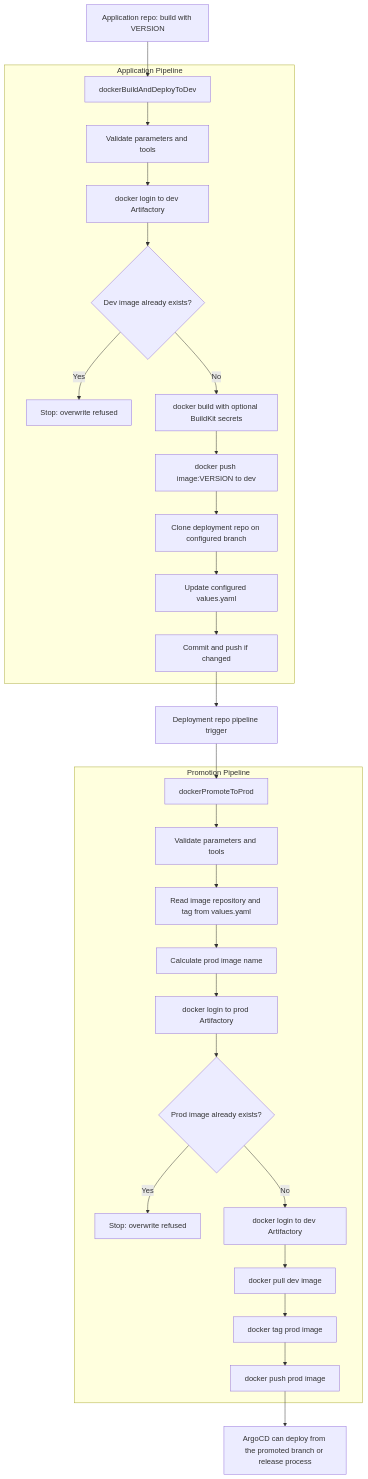
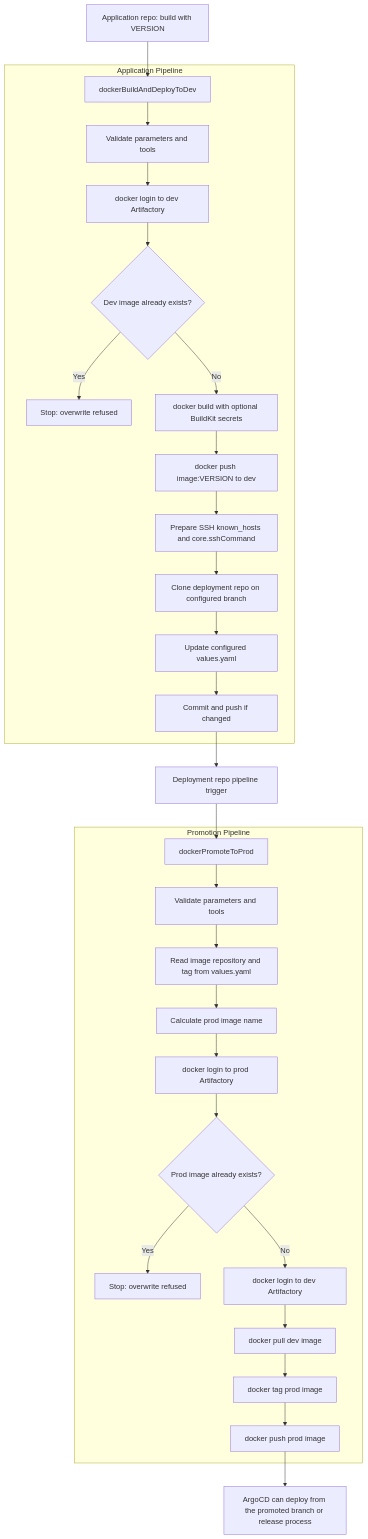
Before and after one commit to thomas-illiet/jenkins-argocd: the diagram in README.md, drawn with Mermaid. The commit also changed other lines of this file and 4 other files, not shown here.

Commit message:
refactor: configure deployment git ssh

````diff
--- a/README.md
+++ b/README.md
@@ -100,34 +100,35 @@
 ```mermaid
 flowchart TD
     A["Application repo: build with VERSION"] --> B["dockerBuildAndDeployToDev"]
 
     subgraph APP["Application Pipeline"]
         B --> C["Validate parameters and tools"]
         C --> D["docker login to dev Artifactory"]
         D --> E{"Dev image already exists?"}
         E -->|Yes| F["Stop: overwrite refused"]
         E -->|No| G["docker build with optional BuildKit secrets"]
         G --> H["docker push image:VERSION to dev"]
-        H --> I["Clone deployment repo on configured branch"]
-        I --> J["Update configured values.yaml"]
-        J --> K["Commit and push if changed"]
+        H --> I["Prepare SSH known_hosts and core.sshCommand"]
+        I --> J["Clone deployment repo on configured branch"]
+        J --> K["Update configured values.yaml"]
+        K --> L["Commit and push if changed"]
     end
 
-    K --> L["Deployment repo pipeline trigger"]
-    L --> M["dockerPromoteToProd"]
+    L --> M["Deployment repo pipeline trigger"]
+    M --> N["dockerPromoteToProd"]
 
     subgraph PROMOTE["Promotion Pipeline"]
-        M --> N["Validate parameters and tools"]
-        N --> O["Read image repository and tag from values.yaml"]
-        O --> P["Calculate prod image name"]
-        P --> Q["docker login to prod Artifactory"]
-        Q --> R{"Prod image already exists?"}
-        R -->|Yes| S["Stop: overwrite refused"]
-        R -->|No| T["docker login to dev Artifactory"]
-        T --> U["docker pull dev image"]
-        U --> V["docker tag prod image"]
-        V --> W["docker push prod image"]
+        N --> O["Validate parameters and tools"]
+        O --> P["Read image repository and tag from values.yaml"]
+        P --> Q["Calculate prod image name"]
+        Q --> R["docker login to prod Artifactory"]
+        R --> S{"Prod image already exists?"}
+        S -->|Yes| T["Stop: overwrite refused"]
+        S -->|No| U["docker login to dev Artifactory"]
+        U --> V["docker pull dev image"]
+        V --> W["docker tag prod image"]
+        W --> X["docker push prod image"]
     end
 
-    W --> X["ArgoCD can deploy from the promoted branch or release process"]
+    X --> Y["ArgoCD can deploy from the promoted branch or release process"]
 ```
````
